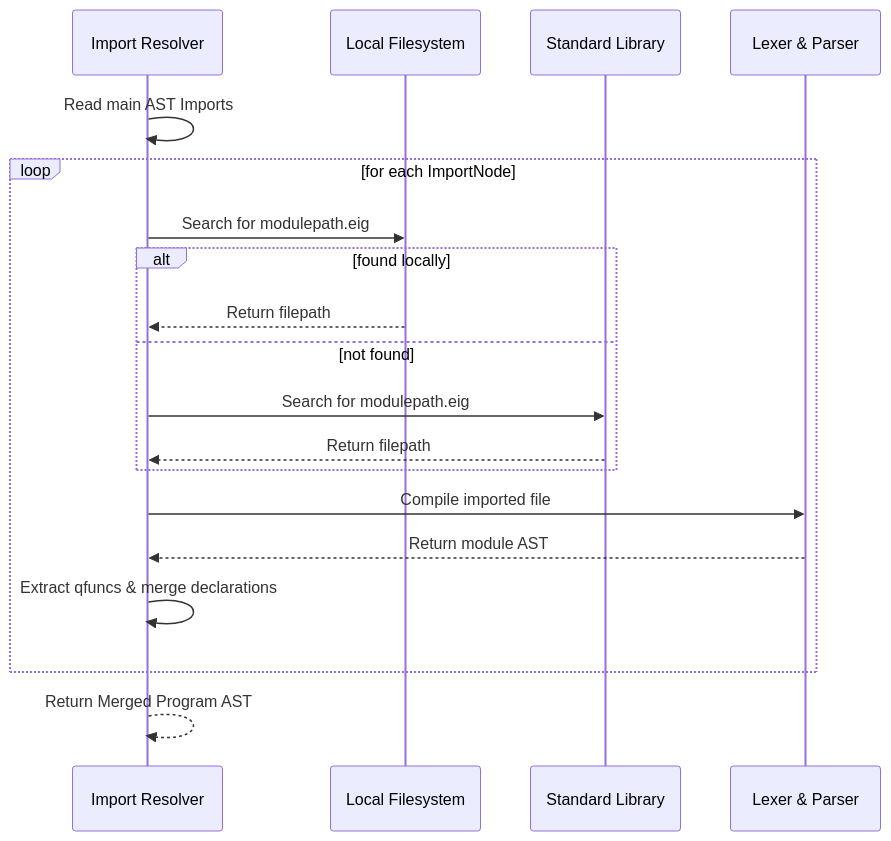
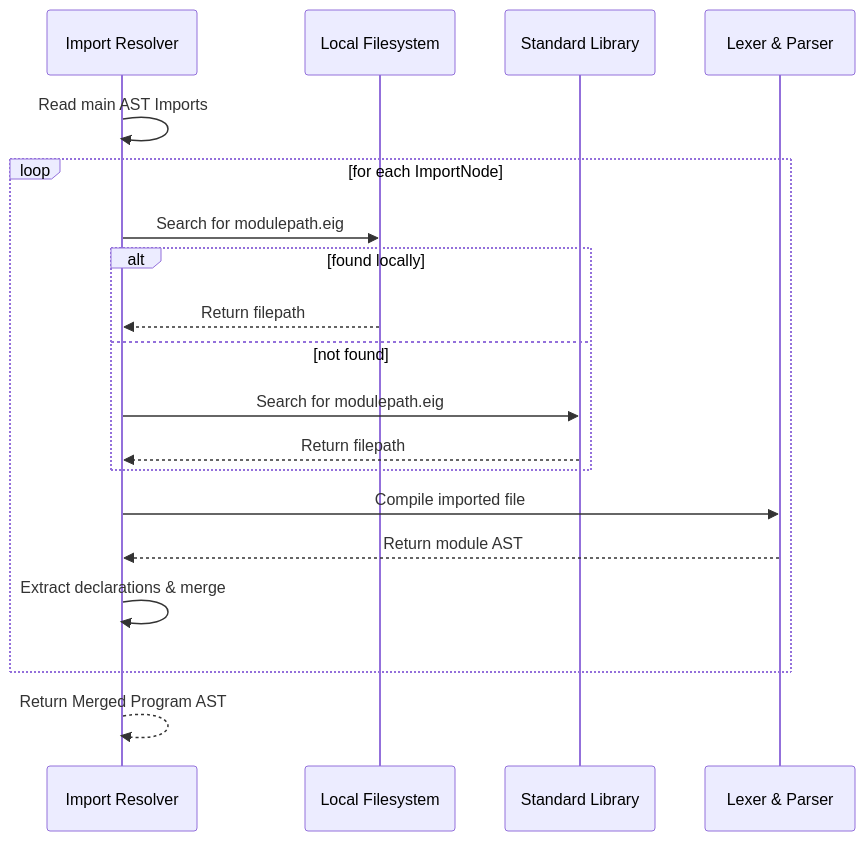
The diagram in docs/compiler-design.md (Eigenresearch/Eigen), drawn with Mermaid before and after one commit. The commit also changed other lines of this file and 67 other files, not shown here.

````diff
--- a/docs/compiler-design.md
+++ b/docs/compiler-design.md
@@ -52,22 +42,22 @@
 ```mermaid
 sequenceDiagram
     participant Resolver as Import Resolver
     participant Workspace as Local Filesystem
     participant Stdlib as Standard Library
     participant Parser as Lexer & Parser
     
     Resolver->>Resolver: Read main AST Imports
     loop for each ImportNode
         Resolver->>Workspace: Search for modulepath.eig
         alt found locally
             Workspace-->>Resolver: Return filepath
         else not found
             Resolver->>Stdlib: Search for modulepath.eig
             Stdlib-->>Resolver: Return filepath
         end
         Resolver->>Parser: Compile imported file
         Parser-->>Resolver: Return module AST
-        Resolver->>Resolver: Extract qfuncs & merge declarations
+        Resolver->>Resolver: Extract declarations & merge
     end
     Resolver-->>Resolver: Return Merged Program AST
 ```
````
